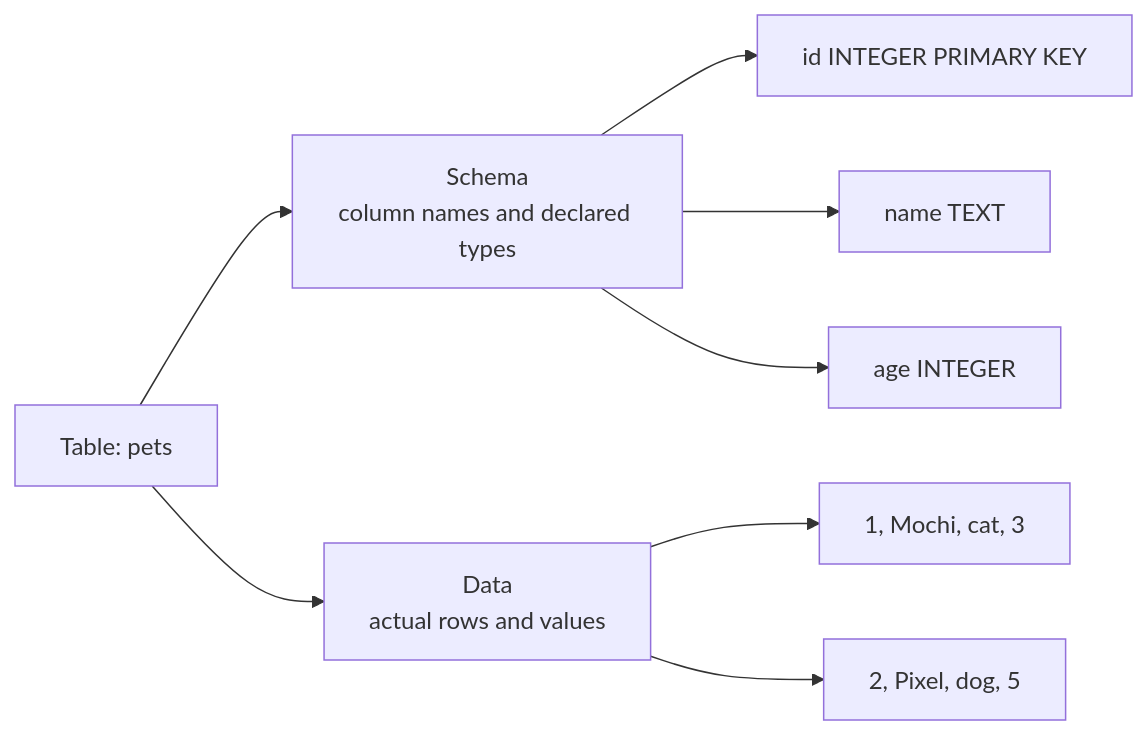
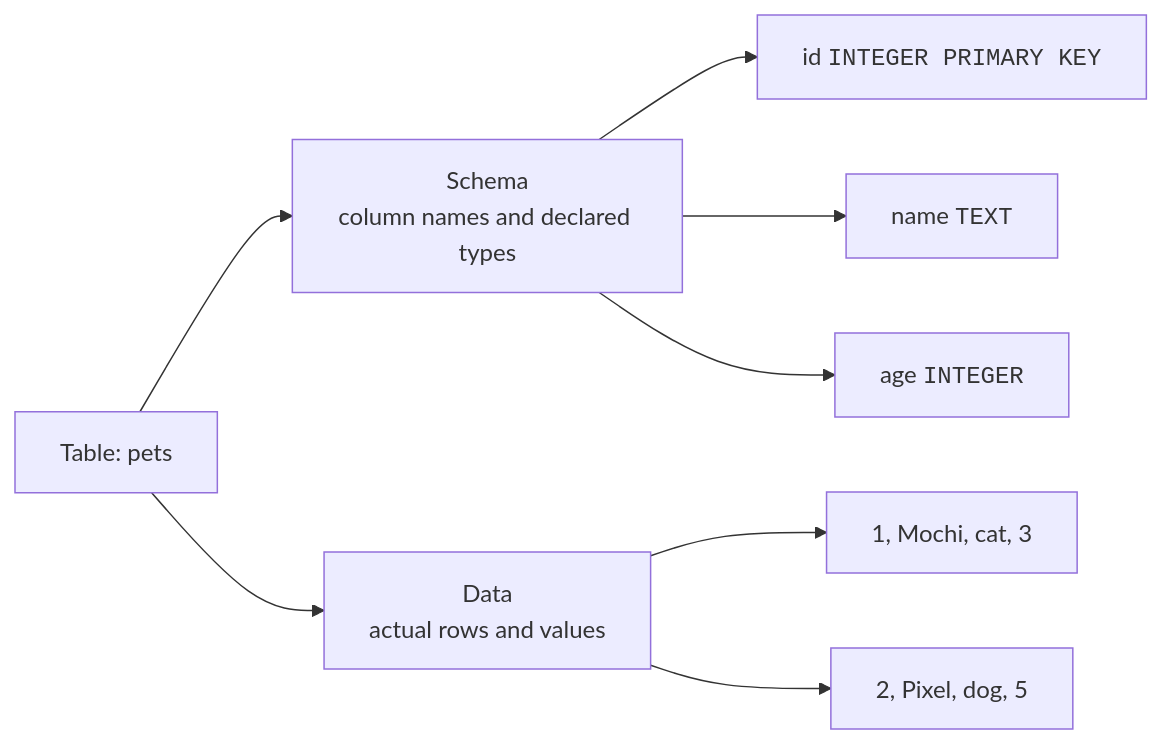
Before and after one commit to dataslope/dataslope: the fifth of 6 diagrams in content/courses/sqlite-for-beginners/tables-rows-columns.mdx, drawn with Mermaid. The commit also changed other lines of this file and 52 other files, not shown here.

First line of the commit message:
Set SQL keywords in mermaid labels as code, and 10 more breakdowns

````diff
--- a/content/courses/sqlite-for-beginners/tables-rows-columns.mdx
+++ b/content/courses/sqlite-for-beginners/tables-rows-columns.mdx
@@ -182,10 +182,10 @@
 ```mermaid
 flowchart LR
     T["Table: pets"] --> S["Schema<br/>column names and declared types"]
     T --> D["Data<br/>actual rows and values"]
-    S --> S1["id INTEGER PRIMARY KEY"]
-    S --> S2["name TEXT"]
-    S --> S3["age INTEGER"]
+    S --> S1["id <code>INTEGER PRIMARY KEY</code>"]
+    S --> S2["name <code>TEXT</code>"]
+    S --> S3["age <code>INTEGER</code>"]
     D --> D1["1, Mochi, cat, 3"]
     D --> D2["2, Pixel, dog, 5"]
 ```
````
